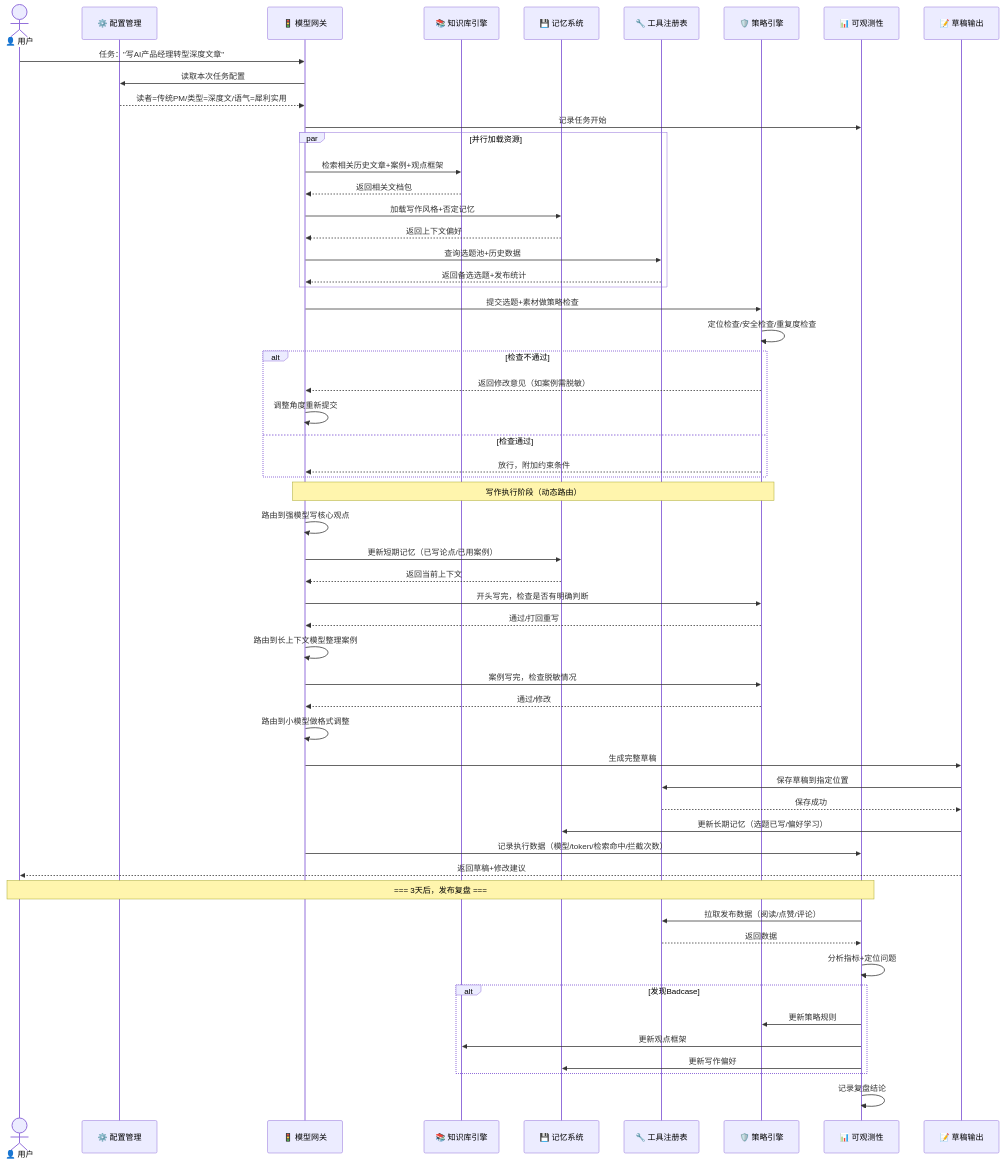
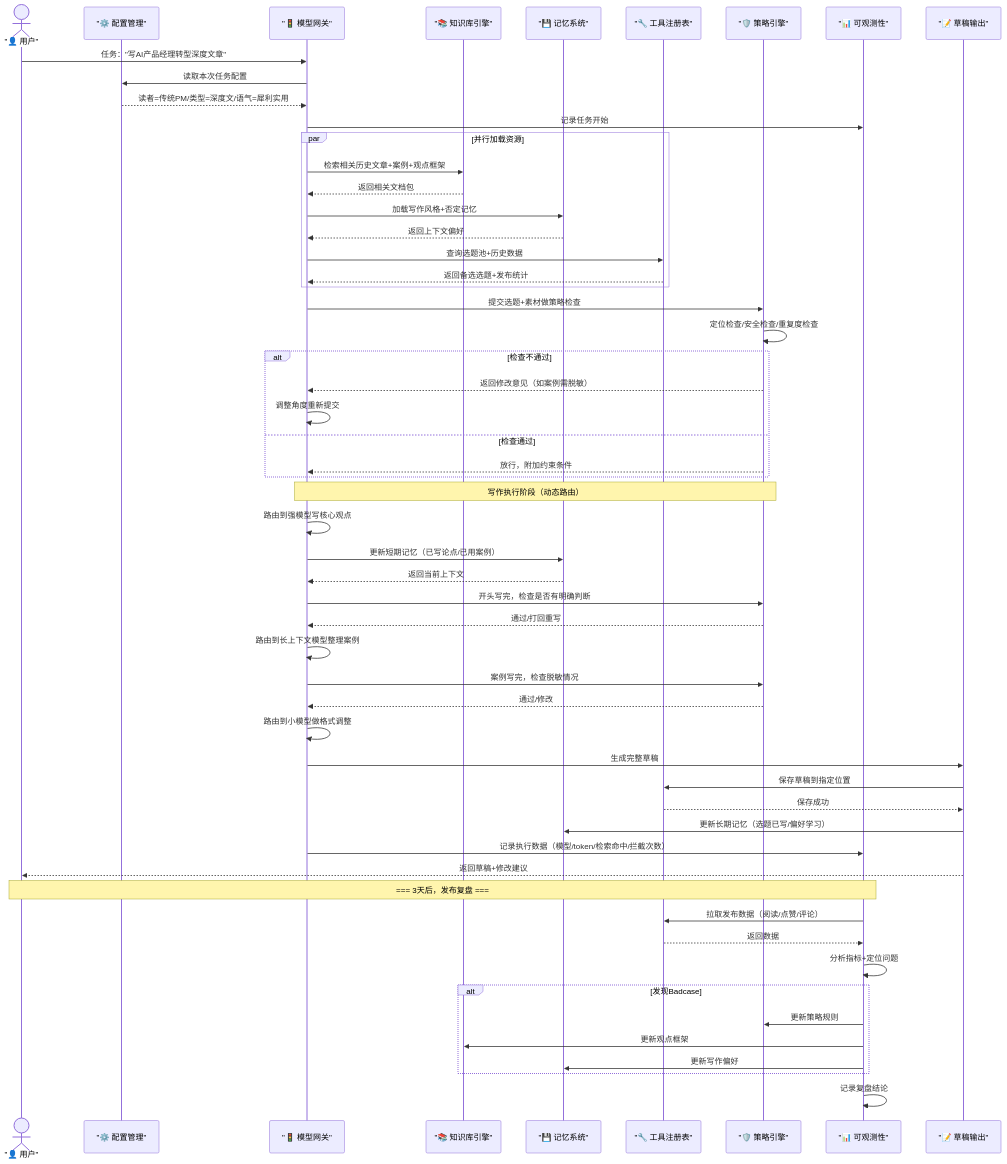
The second of 2 diagrams in .agents/docs/knowledge/learning/02-agent-engineering-methodology/harness-seven-components-wiki/10-case-study.md (xinetzone/SpecWeave), drawn with Mermaid before and after one commit. The commit also changed other lines of this file and 84 other files, not shown here.

````diff
--- a/.agents/docs/knowledge/learning/02-agent-engineering-methodology/harness-seven-components-wiki/10-case-study.md
+++ b/.agents/docs/knowledge/learning/02-agent-engineering-methodology/harness-seven-components-wiki/10-case-study.md
@@ -227,64 +215,58 @@
 ```mermaid
 sequenceDiagram
-    actor User as 👤 用户
-    participant CM as ⚙️ 配置管理
-    participant MG as 🚦 模型网关
-    participant KB as 📚 知识库引擎
-    participant MS as 💾 记忆系统
-    participant TR as 🔧 工具注册表
-    participant PE as 🛡️ 策略引擎
-    participant OB as 📊 可观测性
-    participant Output as 📝 草稿输出
-
+    actor User as "👤 用户"
+    participant CM as "⚙️ 配置管理"
+    participant MG as "🚦 模型网关"
+    participant KB as "📚 知识库引擎"
+    participant MS as "💾 记忆系统"
+    participant TR as "🔧 工具注册表"
+    participant PE as "🛡️ 策略引擎"
+    participant OB as "📊 可观测性"
+    participant Output as "📝 草稿输出"
     User->>MG: 任务："写AI产品经理转型深度文章"
     MG->>CM: 读取本次任务配置
     CM-->>MG: 读者=传统PM/类型=深度文/语气=犀利实用
     MG->>OB: 记录任务开始
-    
     par 并行加载资源
         MG->>KB: 检索相关历史文章+案例+观点框架
         KB-->>MG: 返回相关文档包
         MG->>MS: 加载写作风格+否定记忆
         MS-->>MG: 返回上下文偏好
         MG->>TR: 查询选题池+历史数据
         TR-->>MG: 返回备选选题+发布统计
     end
-
     MG->>PE: 提交选题+素材做策略检查
     PE->>PE: 定位检查/安全检查/重复度检查
     alt 检查不通过
         PE-->>MG: 返回修改意见（如案例需脱敏）
         MG->>MG: 调整角度重新提交
     else 检查通过
         PE-->>MG: 放行，附加约束条件
     end
-
     Note over MG,PE: 写作执行阶段（动态路由）
     MG->>MG: 路由到强模型写核心观点
     MG->>MS: 更新短期记忆（已写论点/已用案例）
     MS-->>MG: 返回当前上下文
     MG->>PE: 开头写完，检查是否有明确判断
     PE-->>MG: 通过/打回重写
     MG->>MG: 路由到长上下文模型整理案例
     MG->>PE: 案例写完，检查脱敏情况
     PE-->>MG: 通过/修改
     MG->>MG: 路由到小模型做格式调整
-    
     MG->>Output: 生成完整草稿
     Output->>TR: 保存草稿到指定位置
     TR-->>Output: 保存成功
     Output->>MS: 更新长期记忆（选题已写/偏好学习）
     MG->>OB: 记录执行数据（模型/token/检索命中/拦截次数）
     Output-->>User: 返回草稿+修改建议
-
     Note over OB,User: === 3天后，发布复盘 ===
     OB->>TR: 拉取发布数据（阅读/点赞/评论）
     TR-->>OB: 返回数据
     OB->>OB: 分析指标+定位问题
     alt 发现Badcase
         OB->>PE: 更新策略规则
         OB->>KB: 更新观点框架
         OB->>MS: 更新写作偏好
     end
     OB->>OB: 记录复盘结论
 ```
````
